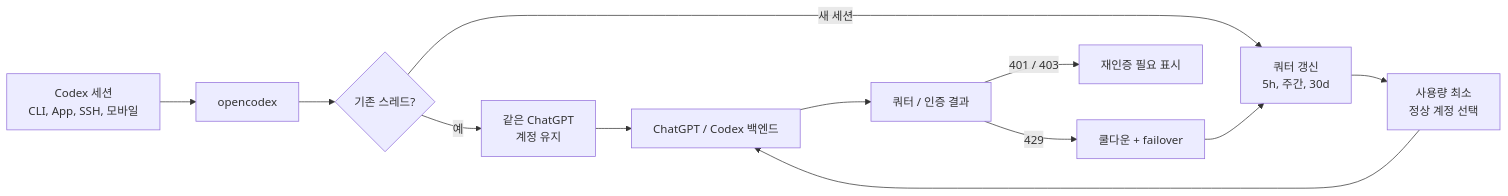
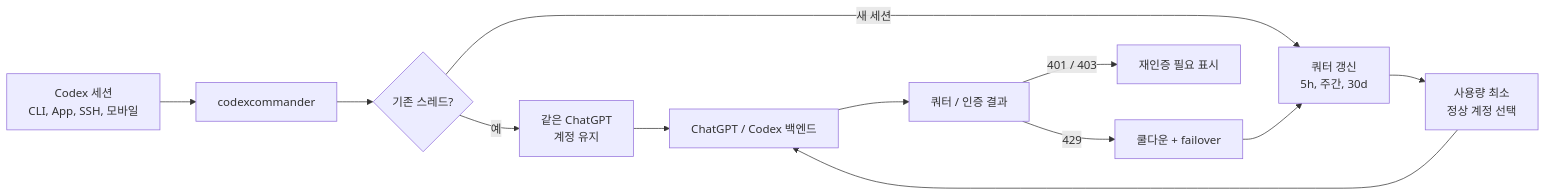
One commit to pavelhov/CodexCommander changed the diagram in readme/README.ko.md. Above: the diagram before and after it, drawn with Mermaid. The commit also changed other lines of this file and 3595 other files, not shown here.

````diff
--- a/readme/README.ko.md
+++ b/readme/README.ko.md
@@ -51,14 +35,14 @@
 ```mermaid
 flowchart LR
-  codex[Codex 세션<br/>CLI, App, SSH, 모바일] --> proxy[opencodex]
+  codex[Codex 세션<br/>CLI, App, SSH, 모바일] --> proxy[codexcommander]
   proxy --> existing{기존 스레드?}
   existing -->|예| pinned[같은 ChatGPT<br/>계정 유지]
   existing -->|새 세션| quota[쿼터 갱신<br/>5h, 주간, 30d]
   quota --> pick[사용량 최소<br/>정상 계정 선택]
   pick --> upstream[ChatGPT / Codex 백엔드]
   pinned --> upstream
   upstream --> outcomes[쿼터 / 인증 결과]
   outcomes -->|429| cooldown[쿨다운 + failover]
   outcomes -->|401 / 403| reauth[재인증 필요 표시]
   cooldown --> quota
 ```
````
